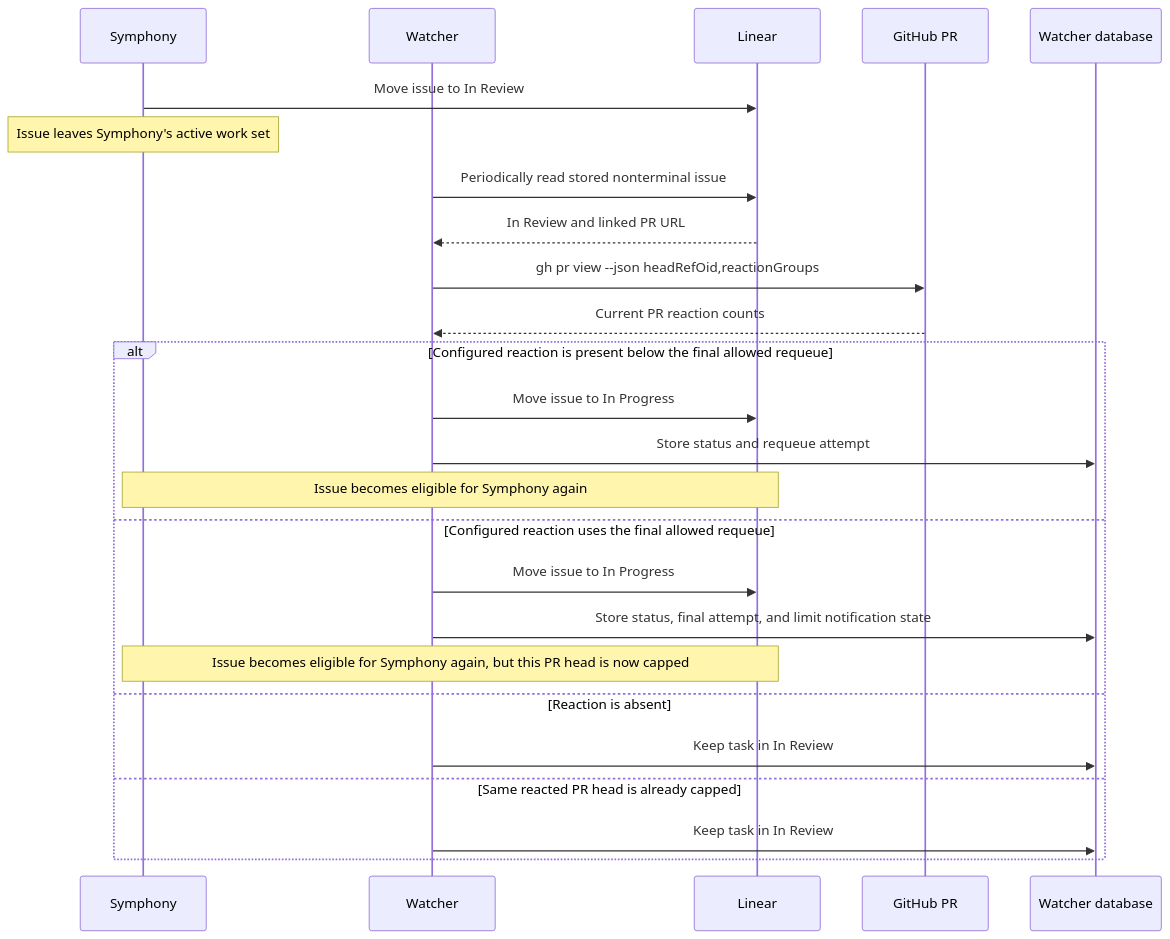
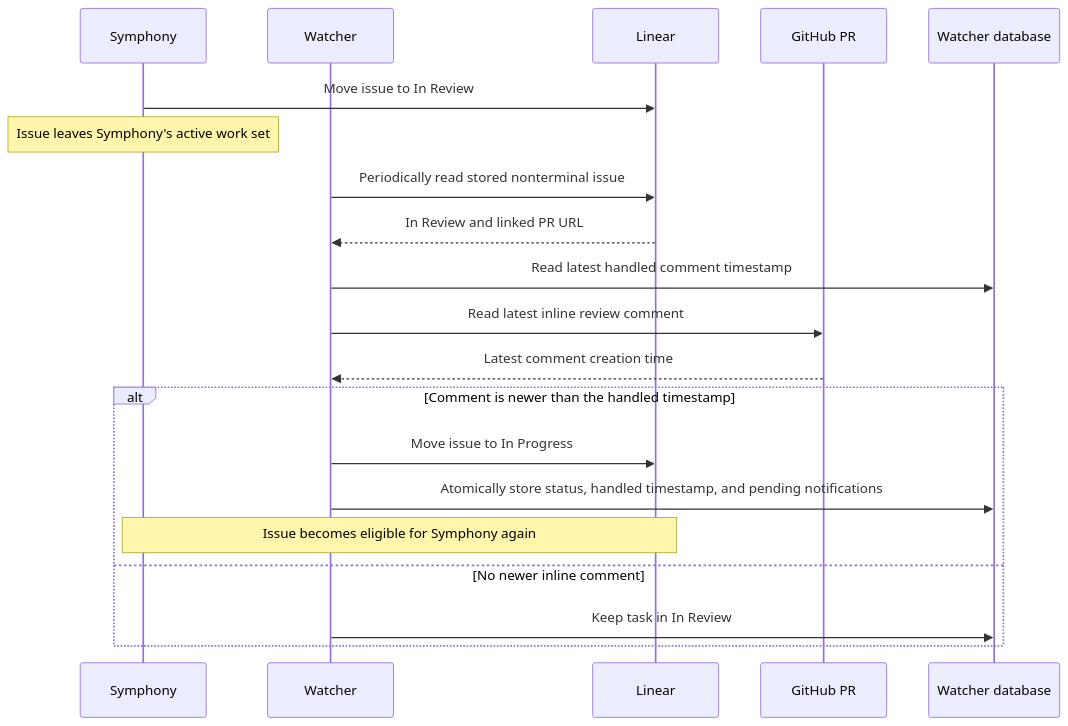
One commit to hiroppy/orchestrators changed the second of 2 diagrams in docs/architecture.md. Above: the diagram before and after it, drawn with Mermaid. The commit also changed other lines of this file and 28 other files, not shown here.

First line of the commit message:
feat(watcher): requeue inline review comments (#65)

````diff
--- a/docs/architecture.md
+++ b/docs/architecture.md
@@ -100,28 +103,23 @@
 ```mermaid
 sequenceDiagram
   participant S as Symphony
   participant W as Watcher
   participant L as Linear
   participant G as GitHub PR
   participant DB as Watcher database
 
   S->>L: Move issue to In Review
   Note over S: Issue leaves Symphony's active work set
   W->>L: Periodically read stored nonterminal issue
   L-->>W: In Review and linked PR URL
-  W->>G: gh pr view --json headRefOid,reactionGroups
-  G-->>W: Current PR reaction counts
-  alt Configured reaction is present below the final allowed requeue
+  W->>DB: Read latest handled comment timestamp
+  W->>G: Read latest inline review comment
+  G-->>W: Latest comment creation time
+  alt Comment is newer than the handled timestamp
     W->>L: Move issue to In Progress
-    W->>DB: Store status and requeue attempt
+    W->>DB: Atomically store status, handled timestamp, and pending notifications
     Note over S,L: Issue becomes eligible for Symphony again
-  else Configured reaction uses the final allowed requeue
-    W->>L: Move issue to In Progress
-    W->>DB: Store status, final attempt, and limit notification state
-    Note over S,L: Issue becomes eligible for Symphony again, but this PR head is now capped
-  else Reaction is absent
-    W->>DB: Keep task in In Review
-  else Same reacted PR head is already capped
+  else No newer inline comment
     W->>DB: Keep task in In Review
   end
 ```
````
